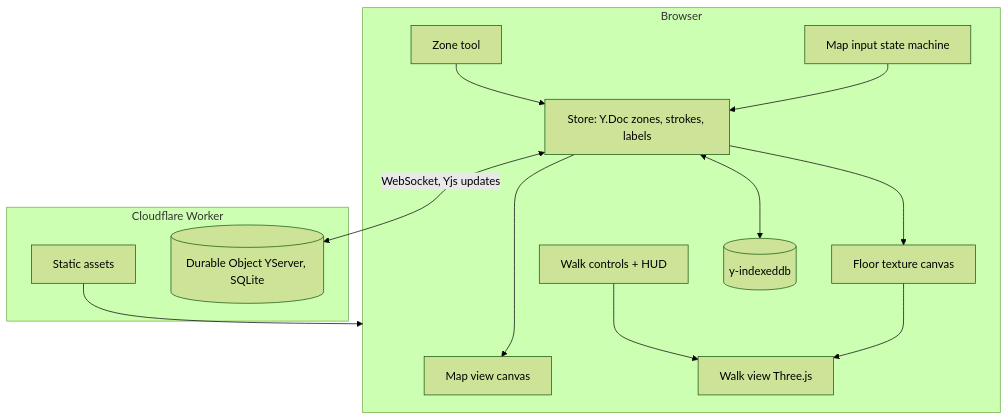
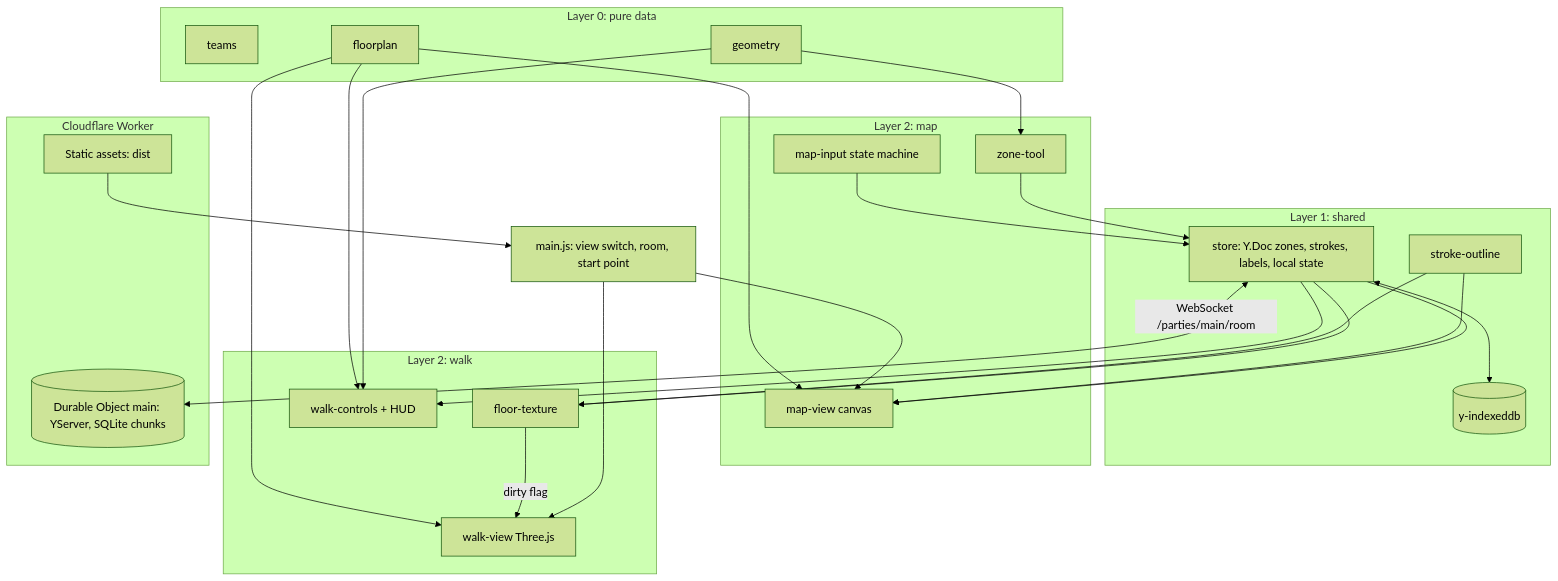
The second of 4 diagrams in docs/plans/2026-09-08-2357-feat-haunted-house-layout-tool-plan.md (tomalterman/Haunted-House-Layout), drawn with Mermaid (forest theme) before and after one commit. The commit also changed other lines of this file, not shown here.

````diff
--- a/docs/plans/2026-09-08-2357-feat-haunted-house-layout-tool-plan.md
+++ b/docs/plans/2026-09-08-2357-feat-haunted-house-layout-tool-plan.md
@@ -210,25 +214,46 @@
 ```mermaid
 flowchart TB
-  subgraph Browser
-    MV[Map view canvas]
-    MI[Map input state machine]
-    ZT[Zone tool]
-    ST[Store: Y.Doc zones, strokes, labels]
-    FT[Floor texture canvas]
-    WV[Walk view Three.js]
-    WC[Walk controls + HUD]
+  subgraph L0[Layer 0: pure data]
+    TM[teams]
+    FP[floorplan]
+    GM[geometry]
+  end
+  subgraph L1[Layer 1: shared]
+    ST[store: Y.Doc zones, strokes, labels, local state]
+    SO[stroke-outline]
     IDB[(y-indexeddb)]
   end
-  subgraph Cloudflare Worker
-    SA[Static assets]
-    DO[(Durable Object YServer, SQLite)]
+  subgraph L2M[Layer 2: map]
+    MV[map-view canvas]
+    MI[map-input state machine]
+    ZT[zone-tool]
   end
+  subgraph L2W[Layer 2: walk]
+    FT[floor-texture]
+    WV[walk-view Three.js]
+    WC[walk-controls + HUD]
+  end
+  MN[main.js: view switch, room, start point]
+  subgraph CF[Cloudflare Worker]
+    SA[Static assets: dist]
+    DO[(Durable Object main: YServer, SQLite chunks)]
+  end
+  FP --> MV
+  FP --> WV
+  FP --> WC
+  GM --> ZT
+  GM --> WC
+  SO --> MV
+  SO --> FT
   MI --> ST
   ZT --> ST
   ST --> MV
-  ST --> FT --> WV
-  WC --> WV
+  ST --> FT
+  ST --> WC
+  FT -->|dirty flag| WV
   ST <--> IDB
-  ST <-->|WebSocket, Yjs updates| DO
-  SA --> Browser
+  ST <-->|WebSocket /parties/main/room| DO
+  MN --> MV
+  MN --> WV
+  SA --> MN
 ```
````
